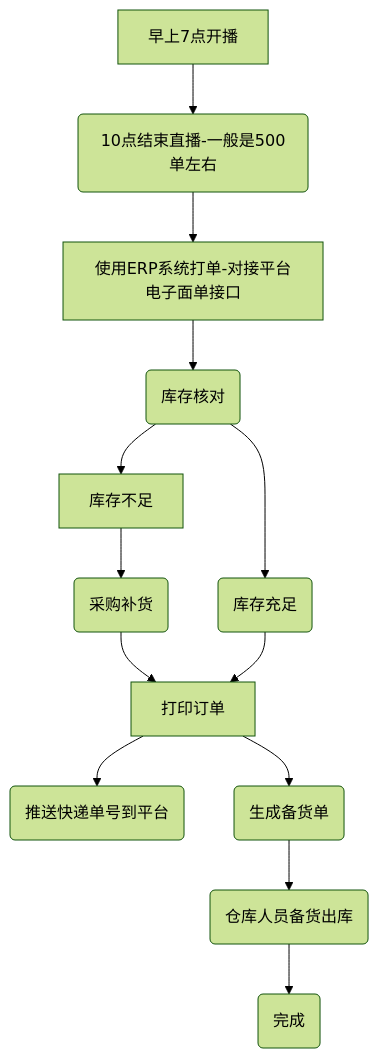
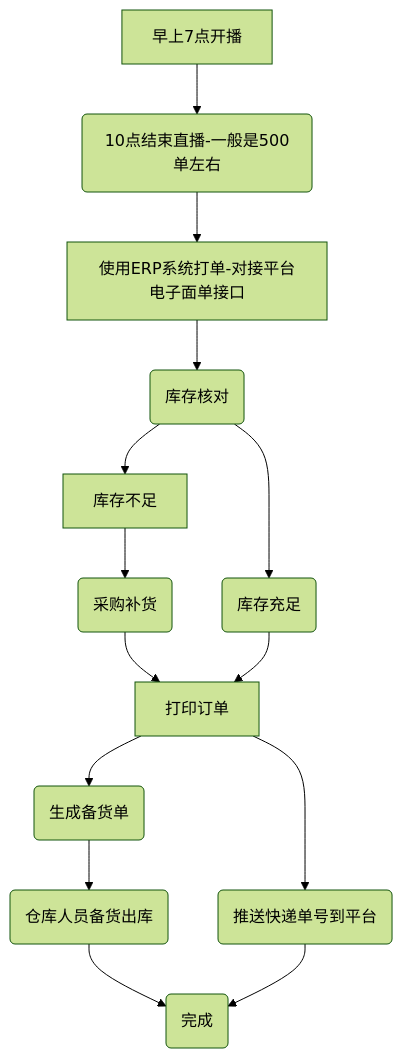
The first of 5 diagrams in README.md (zeasin/qihangerp), drawn with Mermaid (forest theme) before and after one commit.

````diff
--- a/README.md
+++ b/README.md
@@ -20,16 +20,16 @@
 ```mermaid
 graph TD
 A[早上7点开播] -->B(10点结束直播-一般是500单左右)
     B --> C[使用ERP系统打单-对接平台电子面单接口]
     C --> E(库存核对)
     E --> F[库存不足]
     F --> F1(采购补货)
     F1 --> G1
     E --> G(库存充足)
     G --> G1[打印订单]
     G1 --> G5(推送快递单号到平台)
     G1 --> G2(生成备货单)
     G2 --> G3(仓库人员备货出库)
     G3 --> H(完成)
-
+    G5 --> H
 ```
````
